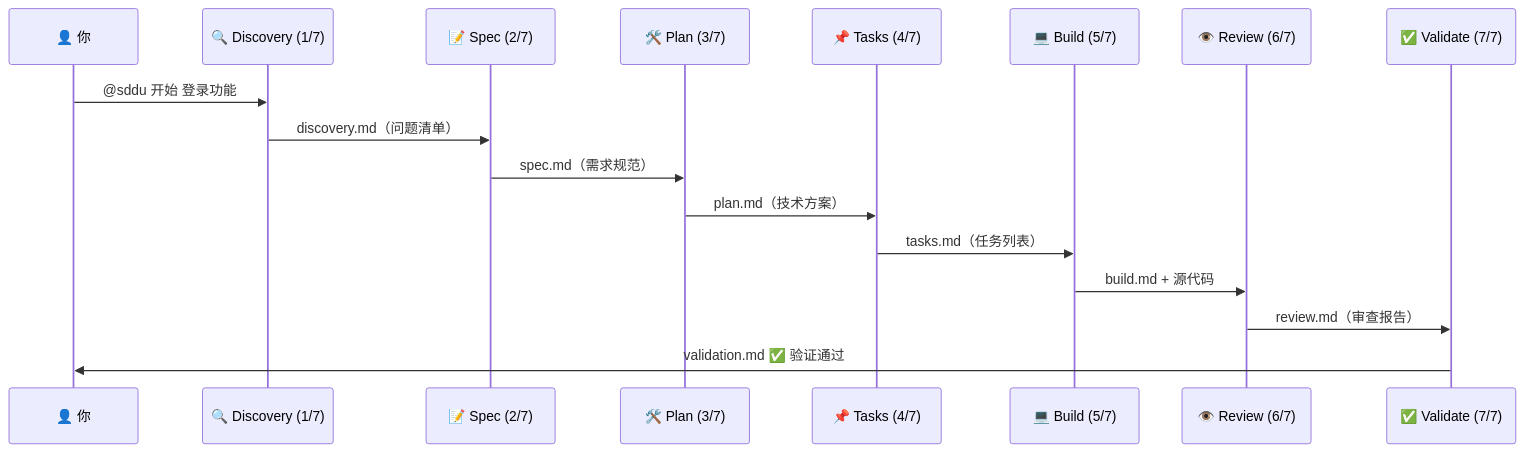
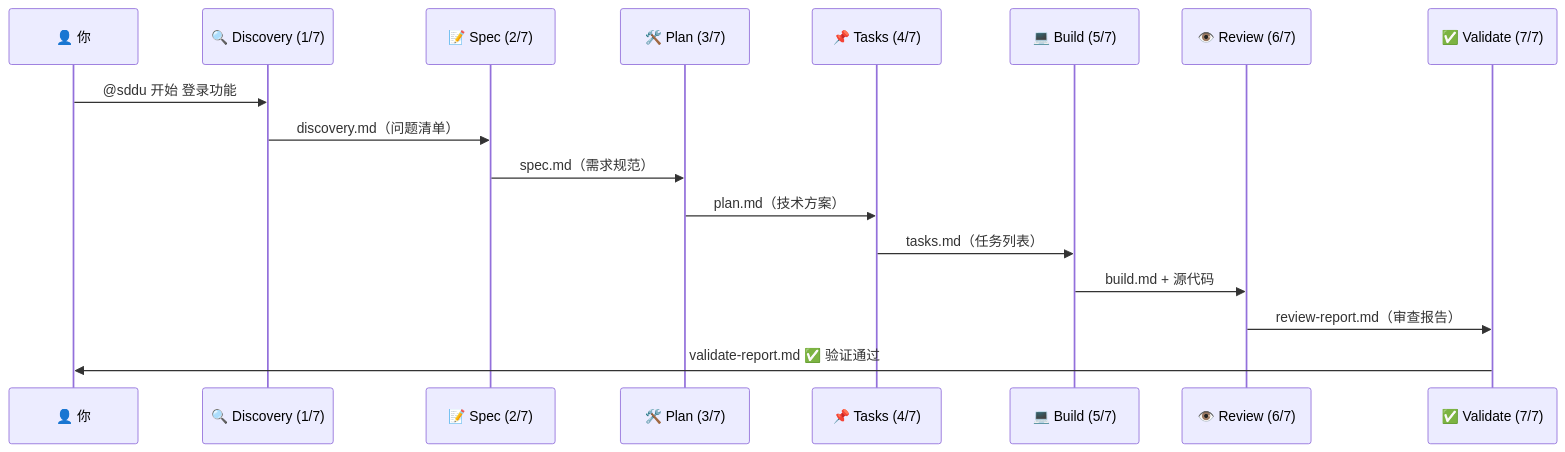
Before and after one commit to THZSummer/sddu: the diagram in README.md, drawn with Mermaid. The commit also changed other lines of this file, not shown here.

````diff
--- a/README.md
+++ b/README.md
@@ -74,20 +76,20 @@
 ```mermaid
 sequenceDiagram
     participant U as 👤 你
     participant D as 🔍 Discovery (1/7)
     participant S as 📝 Spec (2/7)
     participant P as 🛠️ Plan (3/7)
     participant T as 📌 Tasks (4/7)
     participant B as 💻 Build (5/7)
     participant R as 👁️ Review (6/7)
     participant V as ✅ Validate (7/7)
 
     U->>D: @sddu 开始 登录功能
     D->>S: discovery.md（问题清单）
     S->>P: spec.md（需求规范）
     P->>T: plan.md（技术方案）
     T->>B: tasks.md（任务列表）
     B->>R: build.md + 源代码
-    R->>V: review.md（审查报告）
-    V->>U: validation.md ✅ 验证通过
+    R->>V: review-report.md（审查报告）
+    V->>U: validate-report.md ✅ 验证通过
 ```
````
